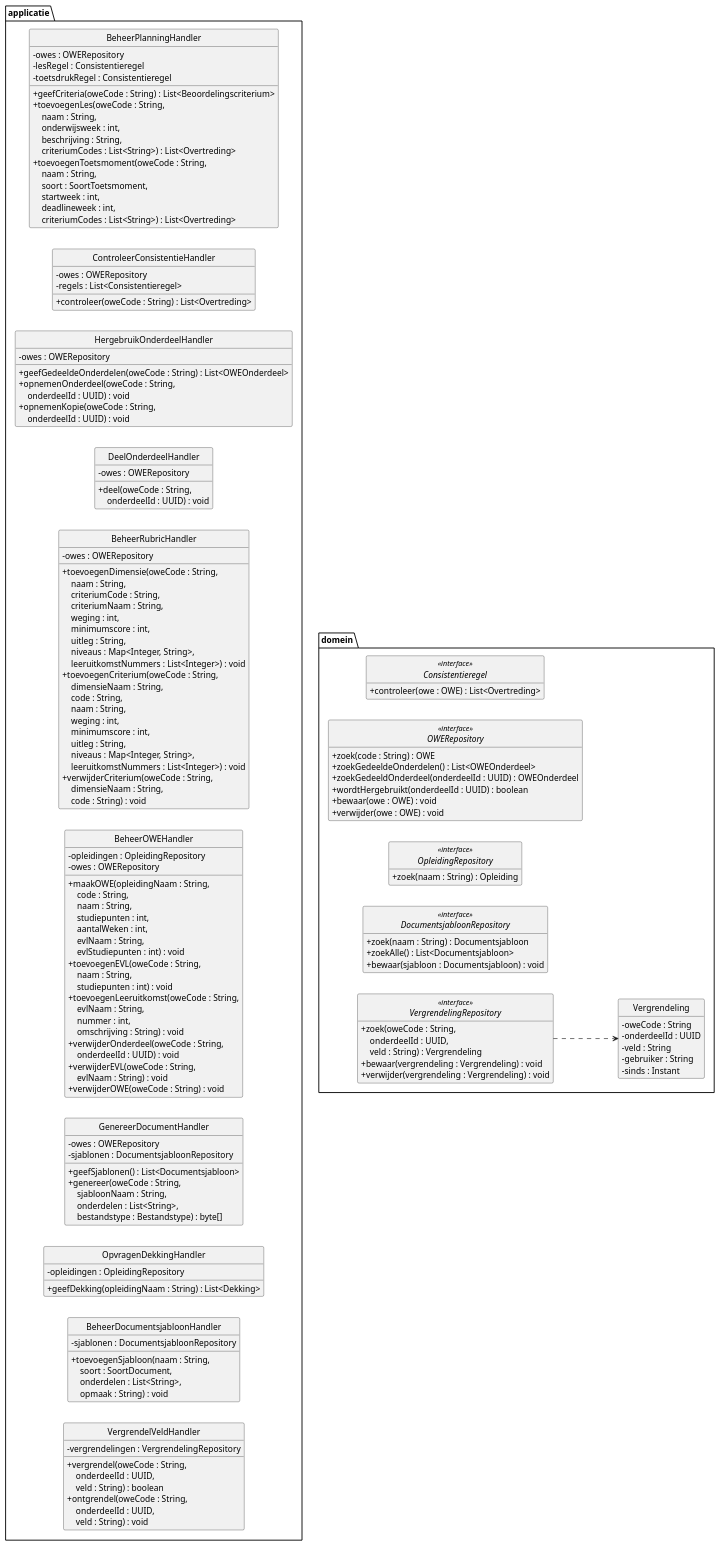
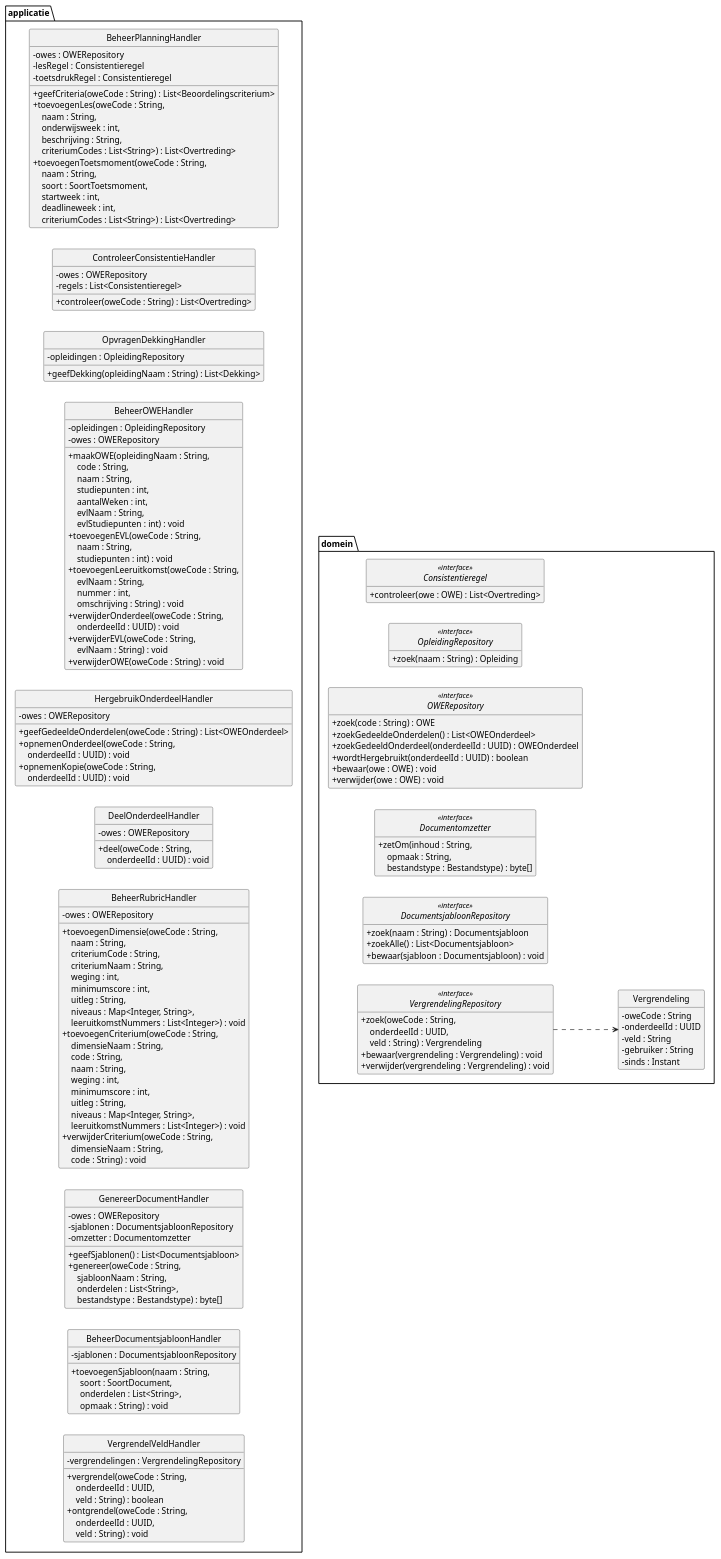
Before and after one commit to HAN-Craftsmanship-KL-JJG/casus: the diagram in docs/diagrams/klassendiagram-handlers.puml, drawn with PlantUML. The commit also changed 12 other files, not shown here.

```diff
--- a/docs/diagrams/klassendiagram-handlers.puml
+++ b/docs/diagrams/klassendiagram-handlers.puml
@@ -1,179 +1,186 @@
 @startuml klassendiagram-handlers
-' Design class diagram van ICDE: use case controllers en repositories.
+' Design class diagram van ICDE: use case controllers, repositories en Documentomzetter.
 ' Toelichting: docs/07-klassendiagram.md
 ' De domeinklassen staan volledig in de klassendiagrammen owe, rubric, planning en onderdeel.
 ' Verwijzingen naar repositories en regels staan als attribuut, niet als lijn (Larman 7.4).
 skinparam style strictuml
 skinparam shadowing false
 skinparam defaultFontName Helvetica
 skinparam classAttributeIconSize 0
 hide empty members
 left to right direction
 
 package applicatie {
   class BeheerOWEHandler {
     - opleidingen : OpleidingRepository
     - owes : OWERepository
     + maakOWE(opleidingNaam : String,\n    \
 code : String,\n    \
 naam : String,\n    \
 studiepunten : int,\n    \
 aantalWeken : int,\n    \
 evlNaam : String,\n    \
 evlStudiepunten : int) : void
     + toevoegenEVL(oweCode : String,\n    \
 naam : String,\n    \
 studiepunten : int) : void
     + toevoegenLeeruitkomst(oweCode : String,\n    \
 evlNaam : String,\n    \
 nummer : int,\n    \
 omschrijving : String) : void
     + verwijderOnderdeel(oweCode : String,\n    \
 onderdeelId : UUID) : void
     + verwijderEVL(oweCode : String,\n    \
 evlNaam : String) : void
     + verwijderOWE(oweCode : String) : void
   }
   class BeheerRubricHandler {
     - owes : OWERepository
     + toevoegenDimensie(oweCode : String,\n    \
 naam : String,\n    \
 criteriumCode : String,\n    \
 criteriumNaam : String,\n    \
 weging : int,\n    \
 minimumscore : int,\n    \
 uitleg : String,\n    \
 niveaus : Map<Integer, String>,\n    \
 leeruitkomstNummers : List<Integer>) : void
     + toevoegenCriterium(oweCode : String,\n    \
 dimensieNaam : String,\n    \
 code : String,\n    \
 naam : String,\n    \
 weging : int,\n    \
 minimumscore : int,\n    \
 uitleg : String,\n    \
 niveaus : Map<Integer, String>,\n    \
 leeruitkomstNummers : List<Integer>) : void
     + verwijderCriterium(oweCode : String,\n    \
 dimensieNaam : String,\n    \
 code : String) : void
   }
   class BeheerPlanningHandler {
     - owes : OWERepository
     - lesRegel : Consistentieregel
     - toetsdrukRegel : Consistentieregel
     + geefCriteria(oweCode : String) : List<Beoordelingscriterium>
     + toevoegenLes(oweCode : String,\n    \
 naam : String,\n    \
 onderwijsweek : int,\n    \
 beschrijving : String,\n    \
 criteriumCodes : List<String>) : List<Overtreding>
     + toevoegenToetsmoment(oweCode : String,\n    \
 naam : String,\n    \
 soort : SoortToetsmoment,\n    \
 startweek : int,\n    \
 deadlineweek : int,\n    \
 criteriumCodes : List<String>) : List<Overtreding>
   }
   class ControleerConsistentieHandler {
     - owes : OWERepository
     - regels : List<Consistentieregel>
     + controleer(oweCode : String) : List<Overtreding>
   }
   class GenereerDocumentHandler {
     - owes : OWERepository
     - sjablonen : DocumentsjabloonRepository
+    - omzetter : Documentomzetter
     + geefSjablonen() : List<Documentsjabloon>
     + genereer(oweCode : String,\n    \
 sjabloonNaam : String,\n    \
 onderdelen : List<String>,\n    \
 bestandstype : Bestandstype) : byte[]
   }
   class HergebruikOnderdeelHandler {
     - owes : OWERepository
     + geefGedeeldeOnderdelen(oweCode : String) : List<OWEOnderdeel>
     + opnemenOnderdeel(oweCode : String,\n    \
 onderdeelId : UUID) : void
     + opnemenKopie(oweCode : String,\n    \
 onderdeelId : UUID) : void
   }
   class OpvragenDekkingHandler {
     - opleidingen : OpleidingRepository
     + geefDekking(opleidingNaam : String) : List<Dekking>
   }
   class DeelOnderdeelHandler {
     - owes : OWERepository
     + deel(oweCode : String,\n    \
 onderdeelId : UUID) : void
   }
   class BeheerDocumentsjabloonHandler {
     - sjablonen : DocumentsjabloonRepository
     + toevoegenSjabloon(naam : String,\n    \
 soort : SoortDocument,\n    \
 onderdelen : List<String>,\n    \
 opmaak : String) : void
   }
   class VergrendelVeldHandler {
     - vergrendelingen : VergrendelingRepository
     + vergrendel(oweCode : String,\n    \
 onderdeelId : UUID,\n    \
 veld : String) : boolean
     + ontgrendel(oweCode : String,\n    \
 onderdeelId : UUID,\n    \
 veld : String) : void
   }
 }
 
 package domein {
   interface OWERepository <<interface>> {
     + zoek(code : String) : OWE
     + zoekGedeeldeOnderdelen() : List<OWEOnderdeel>
     + zoekGedeeldOnderdeel(onderdeelId : UUID) : OWEOnderdeel
     + wordtHergebruikt(onderdeelId : UUID) : boolean
     + bewaar(owe : OWE) : void
     + verwijder(owe : OWE) : void
   }
   interface OpleidingRepository <<interface>> {
     + zoek(naam : String) : Opleiding
   }
   interface DocumentsjabloonRepository <<interface>> {
     + zoek(naam : String) : Documentsjabloon
     + zoekAlle() : List<Documentsjabloon>
     + bewaar(sjabloon : Documentsjabloon) : void
   }
+  interface Documentomzetter <<interface>> {
+    + zetOm(inhoud : String,\n    \
+opmaak : String,\n    \
+bestandstype : Bestandstype) : byte[]
+  }
   interface VergrendelingRepository <<interface>> {
     + zoek(oweCode : String,\n    \
 onderdeelId : UUID,\n    \
 veld : String) : Vergrendeling
     + bewaar(vergrendeling : Vergrendeling) : void
     + verwijder(vergrendeling : Vergrendeling) : void
   }
   class Vergrendeling {
     - oweCode : String
     - onderdeelId : UUID
     - veld : String
     - gebruiker : String
     - sinds : Instant
   }
   interface Consistentieregel <<interface>> {
     + controleer(owe : OWE) : List<Overtreding>
   }
 }
 
 ' Onzichtbare lijnen zetten elke handler naast zijn repositories.
 BeheerOWEHandler -[hidden]-> OpleidingRepository
 BeheerOWEHandler -[hidden]-> OWERepository
 BeheerRubricHandler -[hidden]-> OWERepository
 BeheerPlanningHandler -[hidden]-> OWERepository
 ControleerConsistentieHandler -[hidden]-> OWERepository
 ControleerConsistentieHandler -[hidden]-> Consistentieregel
 BeheerPlanningHandler -[hidden]-> Consistentieregel
 GenereerDocumentHandler -[hidden]-> OWERepository
 GenereerDocumentHandler -[hidden]-> DocumentsjabloonRepository
+GenereerDocumentHandler -[hidden]-> Documentomzetter
 HergebruikOnderdeelHandler -[hidden]-> OWERepository
 OpvragenDekkingHandler -[hidden]-> OpleidingRepository
 DeelOnderdeelHandler -[hidden]-> OWERepository
 BeheerDocumentsjabloonHandler -[hidden]-> DocumentsjabloonRepository
 VergrendelVeldHandler -[hidden]-> VergrendelingRepository
 VergrendelingRepository ..> Vergrendeling
 @enduml
```
